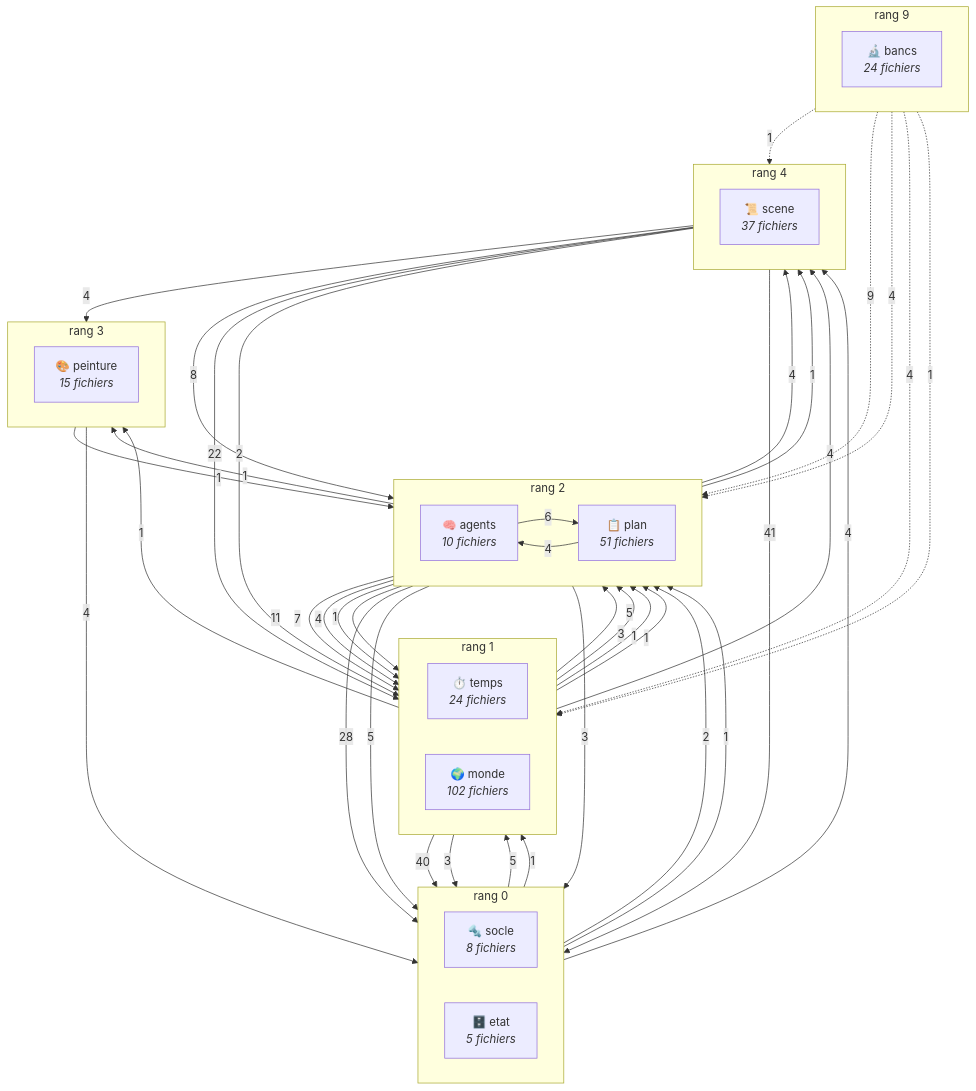
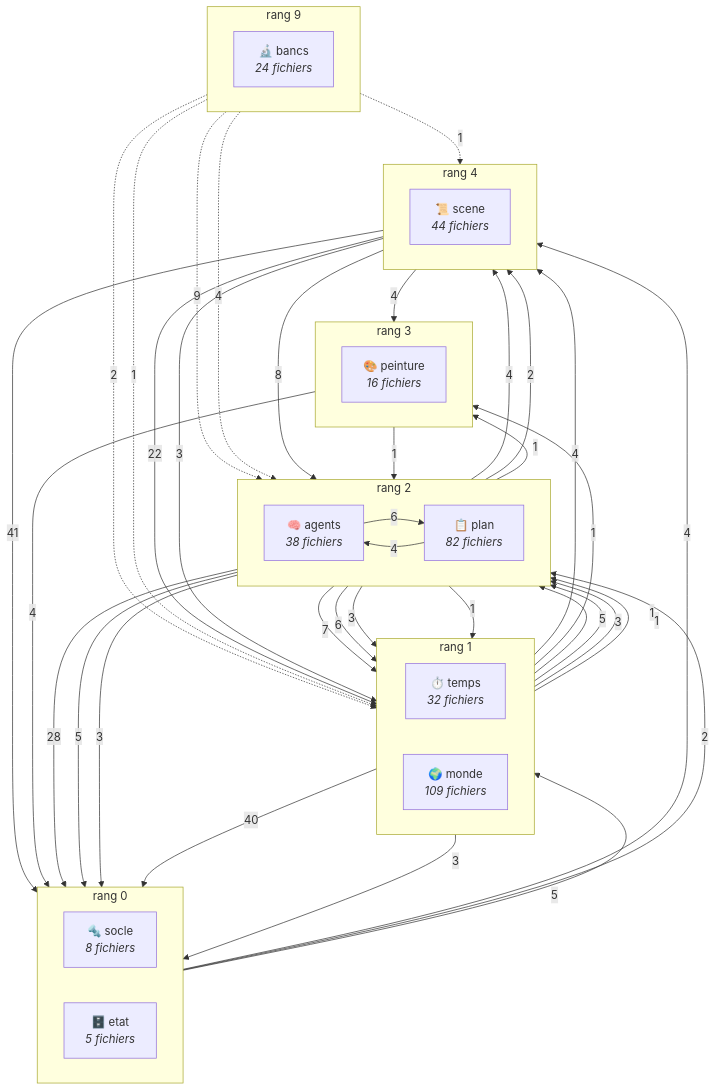
Before and after one commit to mind-protocol/the-council: the diagram in docs/graphe-archi.md, drawn with Mermaid. The commit also changed other lines of this file, not shown here.

Commit message:
graphe d'architecture regenere apres la descente complete : la racine n'est plus que facades (0 orphelin, 195 hors porte, 14 remontees, 0 commande-bibliotheque)

````diff
--- a/docs/graphe-archi.md
+++ b/docs/graphe-archi.md
@@ -13,67 +13,65 @@
 ```mermaid
 flowchart TB
   subgraph R0["rang 0"]
     direction LR
     socle["🔩 socle<br/><i>8 fichiers</i>"]
     etat["🗄️ etat<br/><i>5 fichiers</i>"]
   end
   subgraph R1["rang 1"]
     direction LR
-    temps["⏱️ temps<br/><i>24 fichiers</i>"]
-    monde["🌍 monde<br/><i>102 fichiers</i>"]
+    temps["⏱️ temps<br/><i>32 fichiers</i>"]
+    monde["🌍 monde<br/><i>109 fichiers</i>"]
   end
   subgraph R2["rang 2"]
     direction LR
-    agents["🧠 agents<br/><i>10 fichiers</i>"]
-    plan["📋 plan<br/><i>51 fichiers</i>"]
+    agents["🧠 agents<br/><i>38 fichiers</i>"]
+    plan["📋 plan<br/><i>82 fichiers</i>"]
   end
   subgraph R3["rang 3"]
     direction LR
-    peinture["🎨 peinture<br/><i>15 fichiers</i>"]
+    peinture["🎨 peinture<br/><i>16 fichiers</i>"]
   end
   subgraph R4["rang 4"]
     direction LR
-    scene["📜 scene<br/><i>37 fichiers</i>"]
+    scene["📜 scene<br/><i>44 fichiers</i>"]
   end
   subgraph R9["rang 9"]
     direction LR
     bancs["🔬 bancs<br/><i>24 fichiers</i>"]
   end
   scene -->|41| socle
   monde -->|40| socle
   plan -->|28| socle
   scene -->|22| monde
-  plan -->|11| temps
   bancs -.->|9| plan
   scene -->|8| plan
   plan -->|7| monde
+  agents -->|6| temps
   agents -->|6| plan
   monde -->|5| plan
   agents -->|5| socle
   socle -->|5| monde
-  bancs -.->|4| temps
   bancs -.->|4| agents
-  agents -->|4| temps
   plan -->|4| agents
   plan -->|4| scene
   peinture -->|4| socle
   scene -->|4| peinture
   socle -->|4| scene
   monde -->|4| scene
   plan -->|3| etat
+  plan -->|3| temps
+  scene -->|3| temps
   temps -->|3| plan
   temps -->|3| socle
-  scene -->|2| temps
+  bancs -.->|2| temps
+  agents -->|2| scene
   socle -->|2| plan
   agents -->|1| monde
   bancs -.->|1| monde
-  etat -->|1| plan
-  etat -->|1| temps
   peinture -->|1| plan
   monde -->|1| agents
   temps -->|1| agents
-  agents -->|1| scene
   plan -->|1| peinture
   monde -->|1| peinture
   bancs -.->|1| scene
 ```
````
